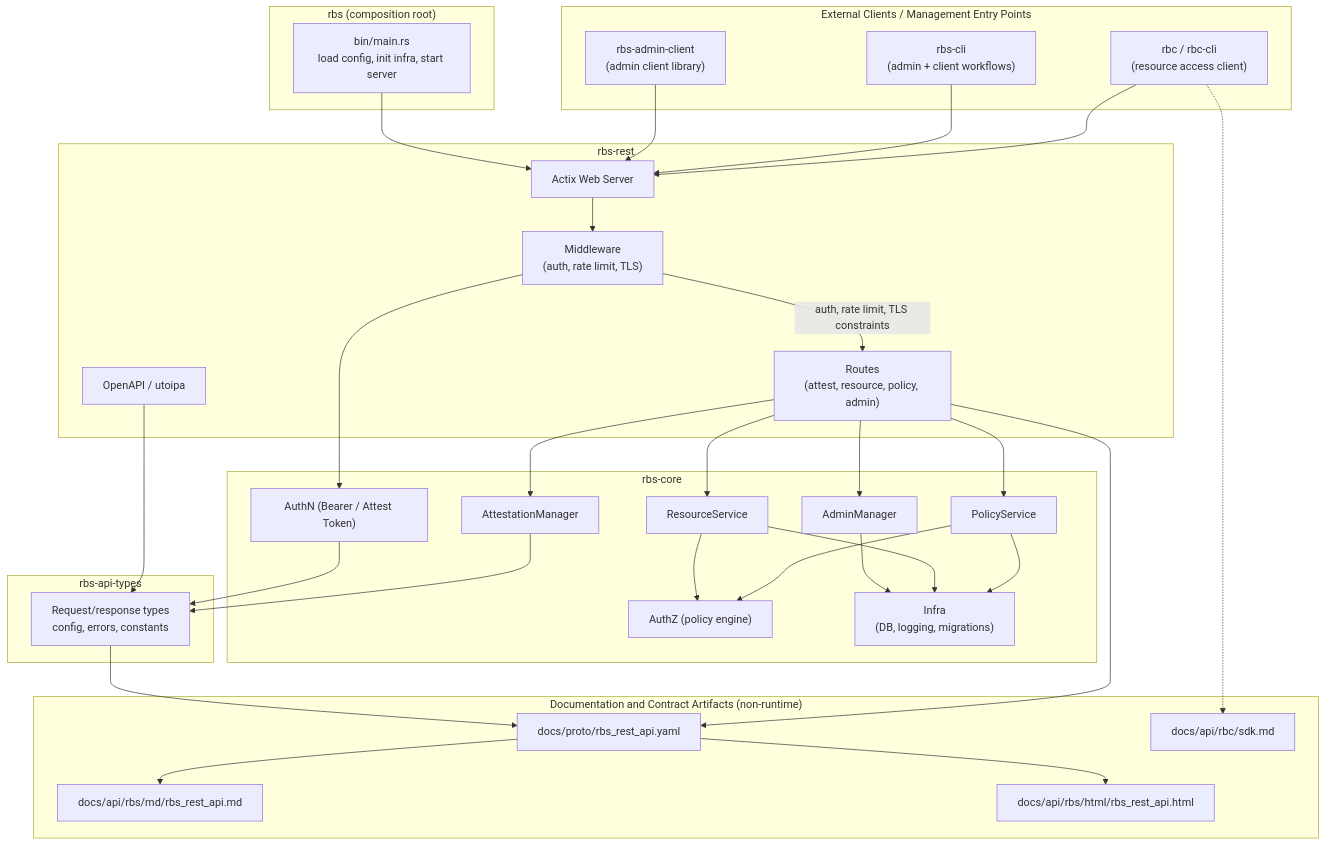
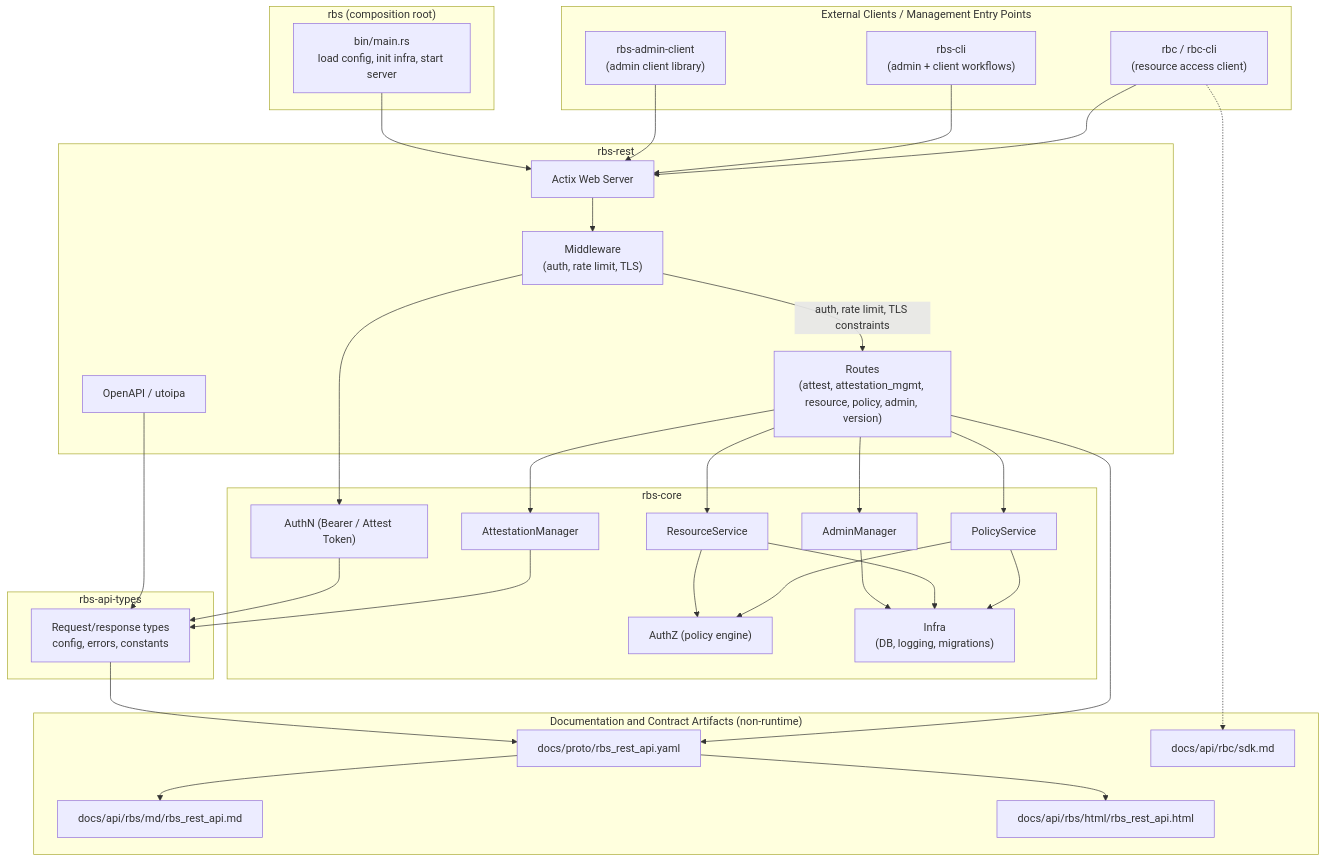
The third of 19 diagrams in docs/design/architecture.md (openeuler-mirror/globaltrustauthority-rbs), drawn with Mermaid before and after one commit. The commit also changed other lines of this file and 27 other files, not shown here.

Commit message:
feat(rbs): add attestation management (ref_value/cert/policy) CRUD routes proxying to GTA via AttestationProvider subtype accessors

````diff
--- a/docs/design/architecture.md
+++ b/docs/design/architecture.md
@@ -145,65 +145,65 @@
 ```mermaid
 flowchart TB
     subgraph external_clients ["External Clients / Management Entry Points"]
         RBC["rbc / rbc-cli<br/>(resource access client)"]
         RbsCli["rbs-cli<br/>(admin + client workflows)"]
         AdminClient["rbs-admin-client<br/>(admin client library)"]
     end
 
     subgraph rbs_binary ["rbs (composition root)"]
         Main["bin/main.rs<br/>load config, init infra, start server"]
     end
 
     subgraph rest_crate ["rbs-rest"]
         Server["Actix Web Server"]
-        Routes["Routes<br/>(attest, resource, policy, admin)"]
+        Routes["Routes<br/>(attest, attestation_mgmt, resource, policy, admin, version)"]
         MW["Middleware<br/>(auth, rate limit, TLS)"]
         OpenAPI["OpenAPI / utoipa"]
     end
 
     subgraph core_crate ["rbs-core"]
         AttestM["AttestationManager"]
         AuthN["AuthN (Bearer / Attest Token)"]
         AuthZ["AuthZ (policy engine)"]
         PolicyS["PolicyService"]
         ResourceS["ResourceService"]
         AdminM["AdminManager"]
         Infra["Infra<br/>(DB, logging, migrations)"]
     end
 
     subgraph types_crate ["rbs-api-types"]
         Contracts["Request/response types<br/>config, errors, constants"]
     end
 
     subgraph doc_artifacts ["Documentation and Contract Artifacts (non-runtime)"]
         OpenApiYaml["docs/proto/rbs_rest_api.yaml"]
         RestMd["docs/api/rbs/md/rbs_rest_api.md"]
         RestHtml["docs/api/rbs/html/rbs_rest_api.html"]
         RbcSdkDoc["docs/api/rbc/sdk.md"]
     end
 
     RBC --> Server
     RbsCli --> Server
     AdminClient --> Server
     Main --> Server
     Server --> MW
     MW -->|"auth, rate limit, TLS constraints"| Routes
     MW --> AuthN
     Routes --> AttestM
     Routes --> PolicyS
     Routes --> ResourceS
     Routes --> AdminM
     AttestM --> Contracts
     AuthN --> Contracts
     PolicyS --> AuthZ
     ResourceS --> AuthZ
     PolicyS --> Infra
     ResourceS --> Infra
     AdminM --> Infra
     OpenAPI --> Contracts
     Routes --> OpenApiYaml
     Contracts --> OpenApiYaml
     OpenApiYaml --> RestMd
     OpenApiYaml --> RestHtml
     RBC -.-> RbcSdkDoc
 ```
````
